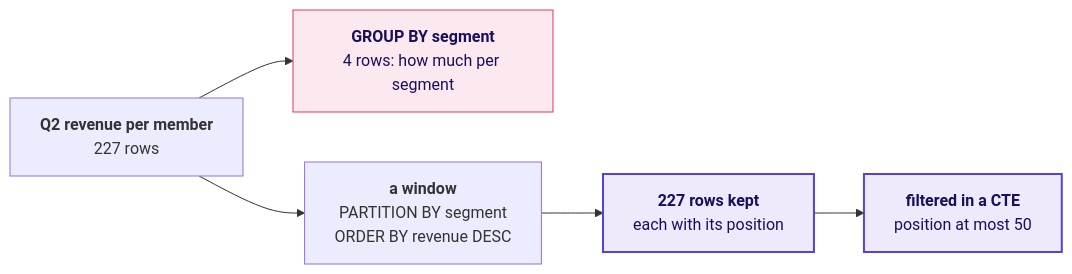
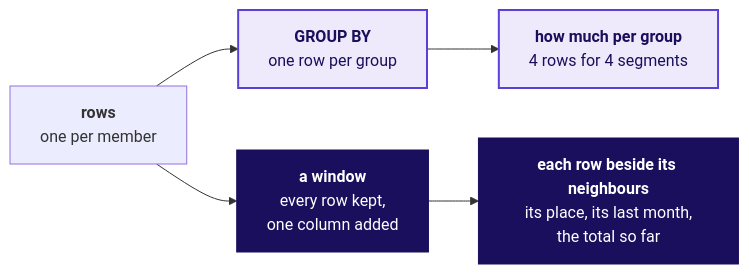
One commit to fde-academy-lab/c2-content-factory changed the second of 5 diagrams in content/W02/D3/study-notes/C2_W02_D03_notes_STUDENT.md. Above: the diagram before and after it, drawn with Mermaid. The commit also changed other lines of this file and 7 other files, not shown here.

````diff
--- a/content/W02/D3/study-notes/C2_W02_D03_notes_STUDENT.md
+++ b/content/W02/D3/study-notes/C2_W02_D03_notes_STUDENT.md
@@ -54,11 +79,11 @@
 ```mermaid
 flowchart LR
-    R["<b>Q2 revenue per member</b><br/>227 rows"] --> G["<b>GROUP BY segment</b><br/>4 rows: how much per segment"]
-    R --> W["<b>a window</b><br/>PARTITION BY segment<br/>ORDER BY revenue DESC"]
-    W --> K["<b>227 rows kept</b><br/>each with its position"]
-    K --> F["<b>filtered in a CTE</b><br/>position at most 50"]
+    R["<b>rows</b><br/>one per member"] --> G["<b>GROUP BY</b><br/>one row per group"]
+    R --> W["<b>a window</b><br/>every row kept,<br/>one column added"]
+    G --> A["<b>how much per group</b><br/>4 rows for 4 segments"]
+    W --> B["<b>each row beside its neighbours</b><br/>its place, its last month,<br/>the total so far"]
+    classDef bet fill:#1A0F5C,stroke:#1A0F5C,color:#FFFFFF
     classDef known fill:#EEEAFB,stroke:#5B3FD6,color:#1A0F5C,stroke-width:2px
-    classDef bad fill:#FBE9EF,stroke:#D63A6A,color:#1A0F5C
-    class G bad
-    class K,F known
+    class W,B bet
+    class G,A known
 ```
````
